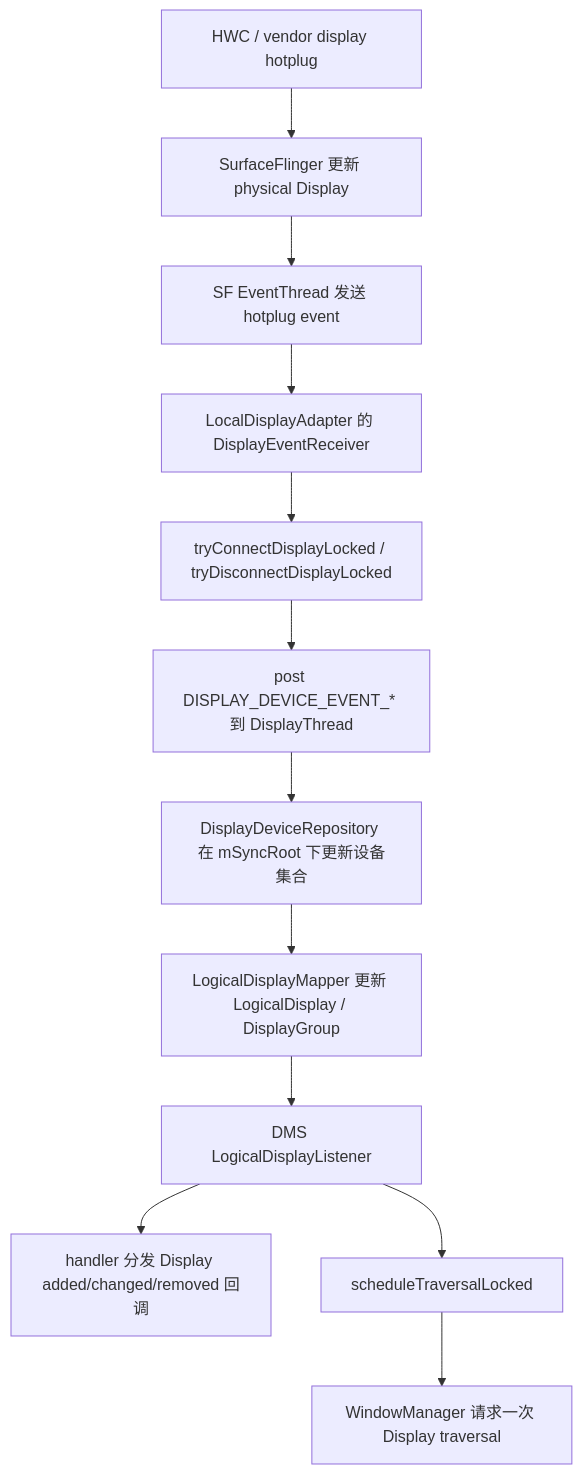
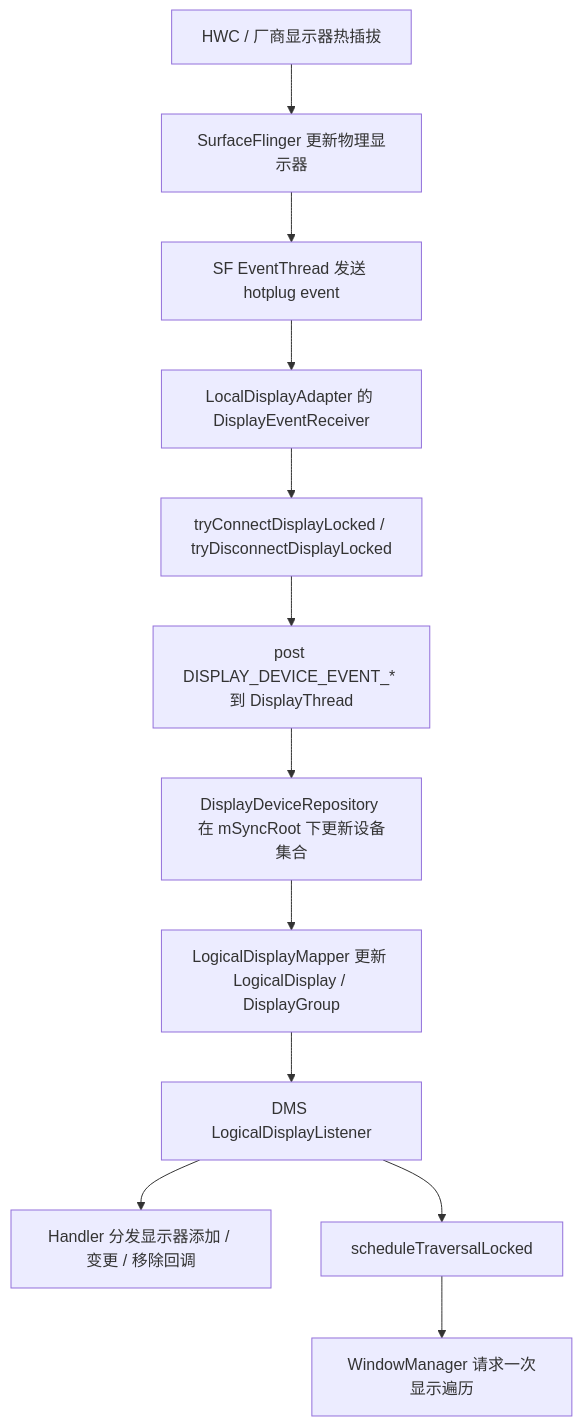
One commit to Gracker/android-internals-wiki changed the second of 3 diagrams in src/part1-fundamentals/ch02-rendering/30-displaymanager-service-lifecycle.md. Above: the diagram before and after it, drawn with Mermaid. The commit also changed other lines of this file and 4 other files, not shown here.

````diff
--- a/src/part1-fundamentals/ch02-rendering/30-displaymanager-service-lifecycle.md
+++ b/src/part1-fundamentals/ch02-rendering/30-displaymanager-service-lifecycle.md
@@ -139,14 +139,14 @@
 ```mermaid
 flowchart TD
-    A["HWC / vendor display hotplug"] --> B["SurfaceFlinger 更新 physical Display"]
+    A["HWC / 厂商显示器热插拔"] --> B["SurfaceFlinger 更新物理显示器"]
     B --> C["SF EventThread 发送 hotplug event"]
     C --> D["LocalDisplayAdapter 的 DisplayEventReceiver"]
     D --> E["tryConnectDisplayLocked / tryDisconnectDisplayLocked"]
     E --> F["post DISPLAY_DEVICE_EVENT_* 到 DisplayThread"]
     F --> G["DisplayDeviceRepository 在 mSyncRoot 下更新设备集合"]
     G --> H["LogicalDisplayMapper 更新 LogicalDisplay / DisplayGroup"]
     H --> I["DMS LogicalDisplayListener"]
-    I --> J["handler 分发 Display added/changed/removed 回调"]
+    I --> J["Handler 分发显示器添加 / 变更 / 移除回调"]
     I --> K["scheduleTraversalLocked"]
-    K --> L["WindowManager 请求一次 Display traversal"]
+    K --> L["WindowManager 请求一次显示遍历"]
 ```
````
